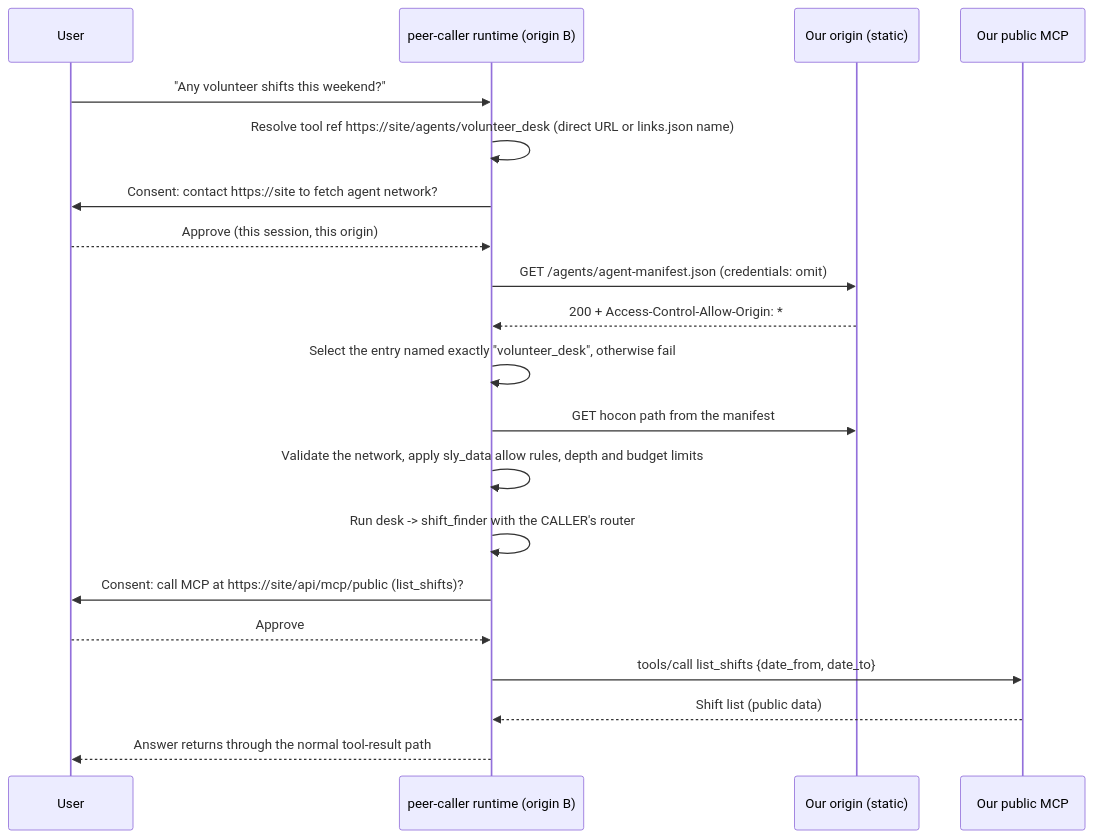
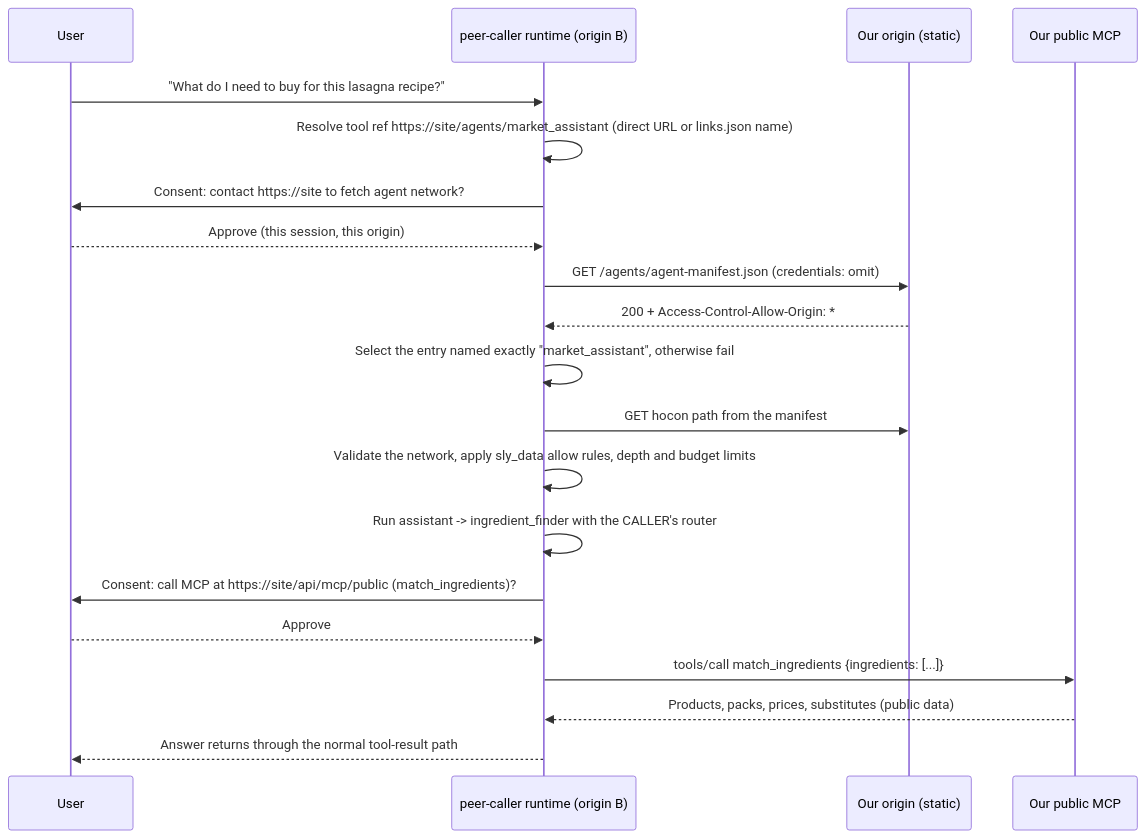
The second of 3 diagrams in PROJECT_PLAN.md (Enendugodwin/Open-Agentic-Web-Challenge), drawn with Mermaid before and after one commit. The commit also changed other lines of this file and 52 other files, not shown here.

Commit message:
Switch test site to Greenleaf Market: recipe to cart (catalog, ingredient matching MCP, add_to_cart action, store pages)

````diff
--- a/PROJECT_PLAN.md
+++ b/PROJECT_PLAN.md
@@ -157,22 +160,22 @@
 ```mermaid
 sequenceDiagram
   participant U as User
   participant C as peer-caller runtime (origin B)
   participant S as Our origin (static)
   participant M as Our public MCP
-  U->>C: "Any volunteer shifts this weekend?"
-  C->>C: Resolve tool ref https://site/agents/volunteer_desk (direct URL or links.json name)
+  U->>C: "What do I need to buy for this lasagna recipe?"
+  C->>C: Resolve tool ref https://site/agents/market_assistant (direct URL or links.json name)
   C->>U: Consent: contact https://site to fetch agent network?
   U-->>C: Approve (this session, this origin)
   C->>S: GET /agents/agent-manifest.json (credentials: omit)
   S-->>C: 200 + Access-Control-Allow-Origin: *
-  C->>C: Select the entry named exactly "volunteer_desk", otherwise fail
+  C->>C: Select the entry named exactly "market_assistant", otherwise fail
   C->>S: GET hocon path from the manifest
   C->>C: Validate the network, apply sly_data allow rules, depth and budget limits
-  C->>C: Run desk -> shift_finder with the CALLER's router
-  C->>U: Consent: call MCP at https://site/api/mcp/public (list_shifts)?
+  C->>C: Run assistant -> ingredient_finder with the CALLER's router
+  C->>U: Consent: call MCP at https://site/api/mcp/public (match_ingredients)?
   U-->>C: Approve
-  C->>M: tools/call list_shifts {date_from, date_to}
-  M-->>C: Shift list (public data)
+  C->>M: tools/call match_ingredients {ingredients: [...]}
+  M-->>C: Products, packs, prices, substitutes (public data)
   C-->>U: Answer returns through the normal tool-result path
 ```
````
